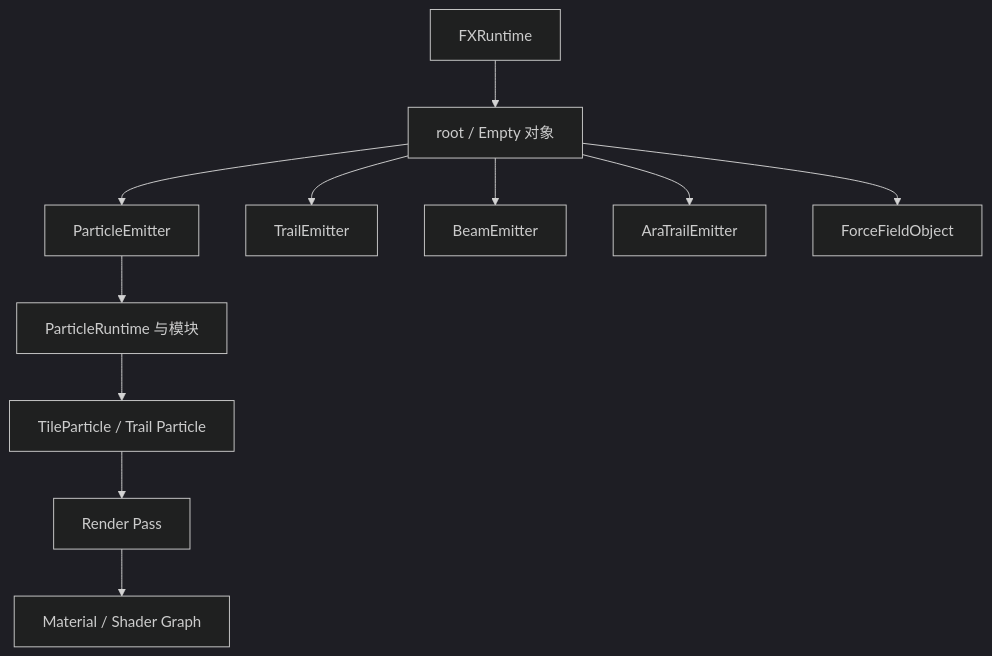
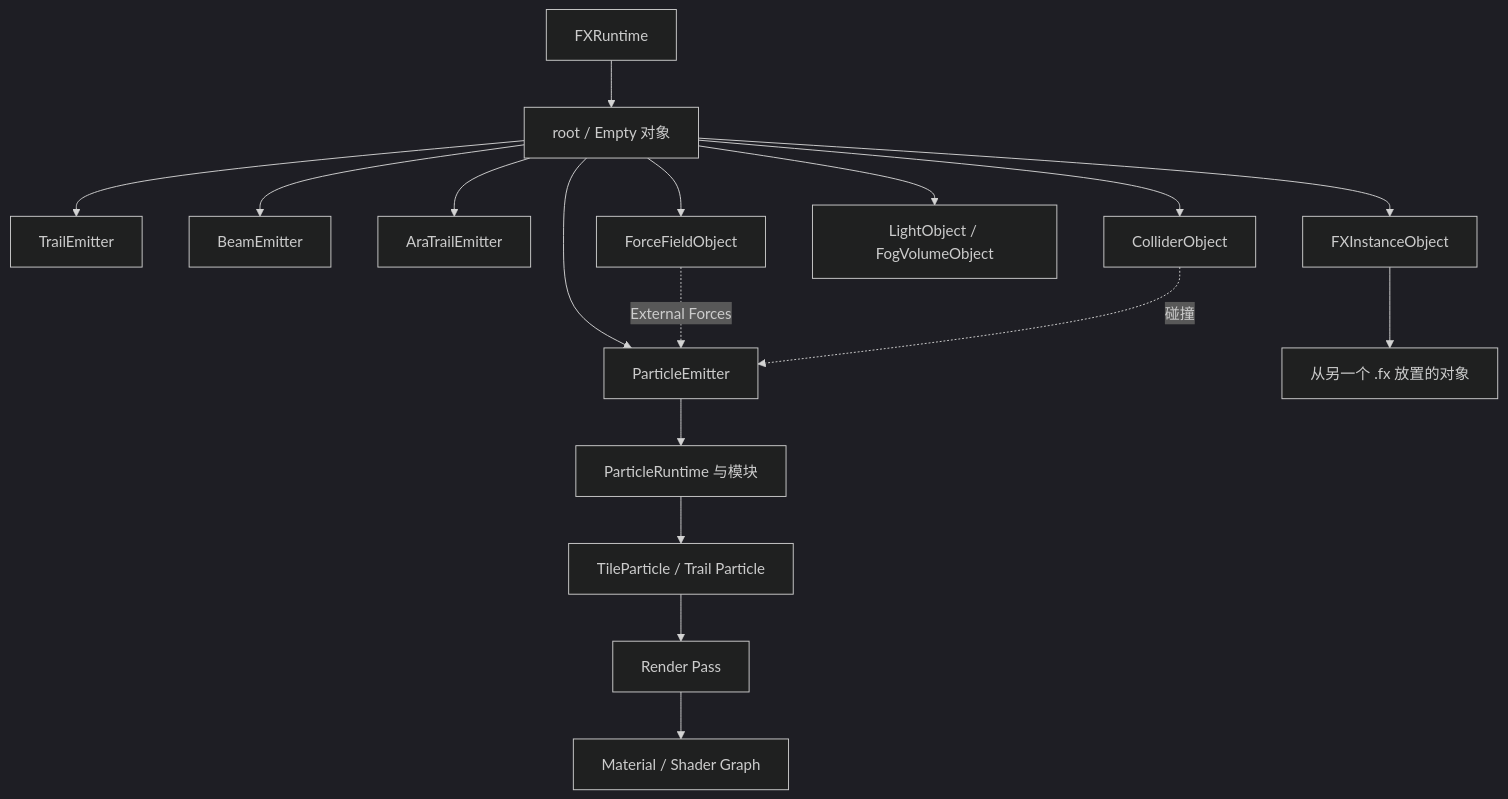
Before and after one commit to Low-Drag-MC/LowDragMC-Doc: the diagram in docs/zh/photon2/particle-system/index.md, drawn with Mermaid (dark theme). The commit also changed other lines of this file and 162 other files, not shown here.

````diff
--- a/docs/zh/photon2/particle-system/index.md
+++ b/docs/zh/photon2/particle-system/index.md
@@ -10,13 +10,19 @@
 ```mermaid
 flowchart TD
     FX["FXRuntime"] --> R["root / Empty 对象"]
     R --> P["ParticleEmitter"]
     R --> T["TrailEmitter"]
     R --> B["BeamEmitter"]
     R --> A["AraTrailEmitter"]
     R --> F["ForceFieldObject"]
+    R --> C["ColliderObject"]
+    R --> L["LightObject / FogVolumeObject"]
+    R --> I["FXInstanceObject"]
+    I --> IS["从另一个 .fx 放置的对象"]
+    F -. External Forces .-> P
+    C -. 碰撞 .-> P
     P --> PC["ParticleRuntime 与模块"]
     PC --> PP["TileParticle / Trail Particle"]
     PP --> RP["Render Pass"]
     RP --> M["Material / Shader Graph"]
 ```
````
